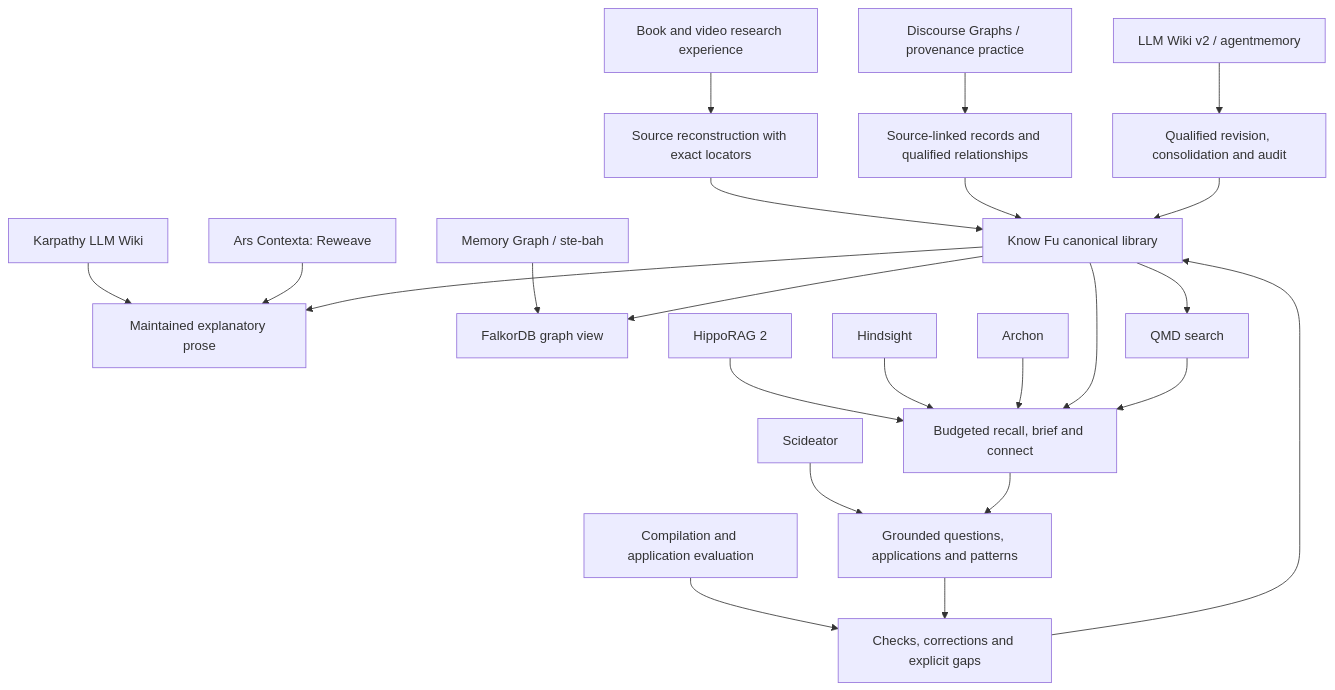
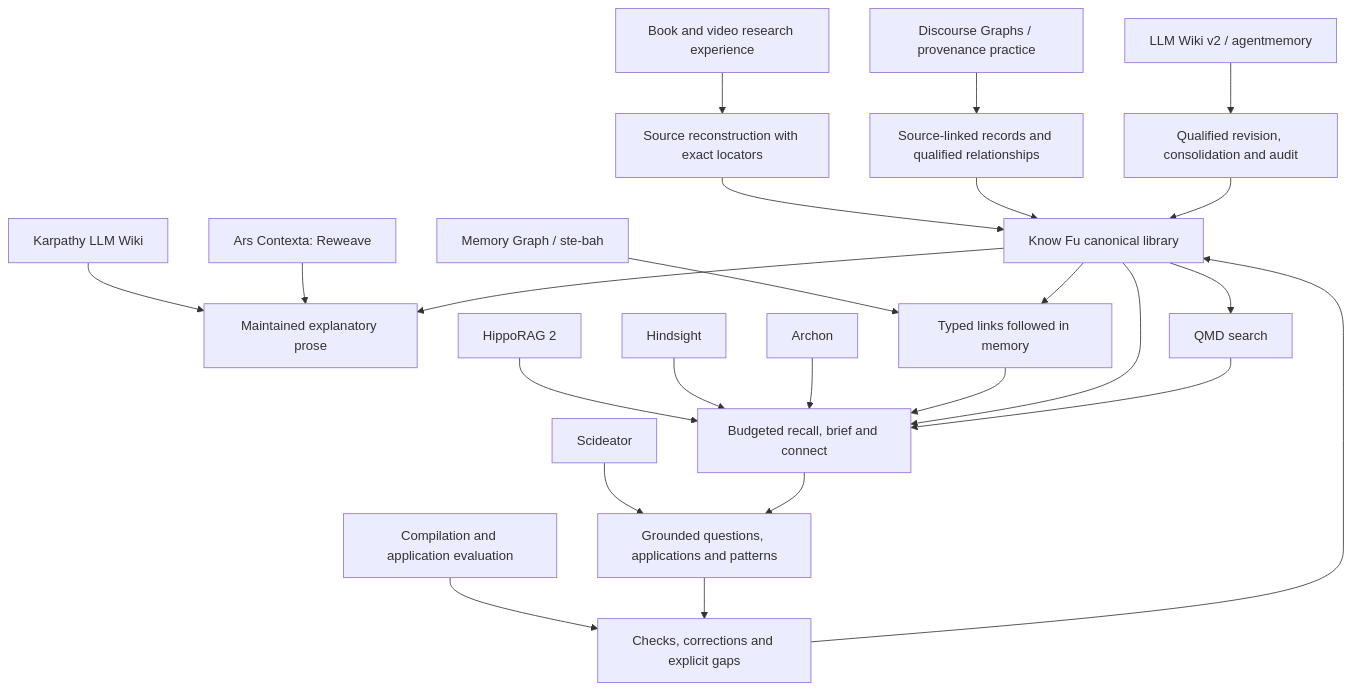
Before and after one commit to Barncore/know-fu: the diagram in plugin/docs/lineage.md, drawn with Mermaid. The commit also changed other lines of this file and 38 other files, not shown here.

````diff
--- a/plugin/docs/lineage.md
+++ b/plugin/docs/lineage.md
@@ -5,25 +5,26 @@
 ```mermaid
 flowchart TD
   W[Karpathy LLM Wiki] --> P[Maintained explanatory prose]
   A[Ars Contexta: Reweave] --> P
   V[LLM Wiki v2 / agentmemory] --> L[Qualified revision, consolidation and audit]
   D[Discourse Graphs / provenance practice] --> R[Source-linked records and qualified relationships]
-  M[Memory Graph / ste-bah] --> G[FalkorDB graph view]
+  M[Memory Graph / ste-bah] --> G[Typed links followed in memory]
   S[Scideator] --> Q[Grounded questions, applications and patterns]
   E[Compilation and application evaluation] --> C[Checks, corrections and explicit gaps]
   U[Book and video research experience] --> I[Source reconstruction with exact locators]
   H[HippoRAG 2] --> T
   N[Hindsight] --> T
   X[Archon] --> T
   I --> K[Know Fu canonical library]
   R --> K
   L --> K
   K --> P
   K --> G
+  G --> T
   K --> F[QMD search]
   K --> T[Budgeted recall, brief and connect]
   F --> T
   T --> Q
   Q --> C
   C --> K
 ```
````
